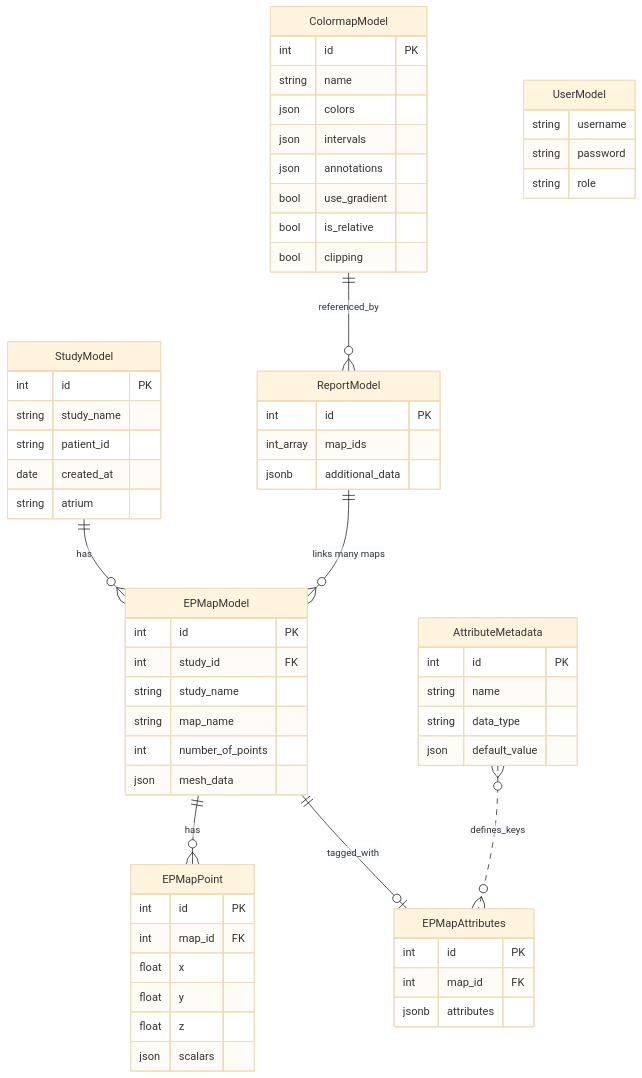
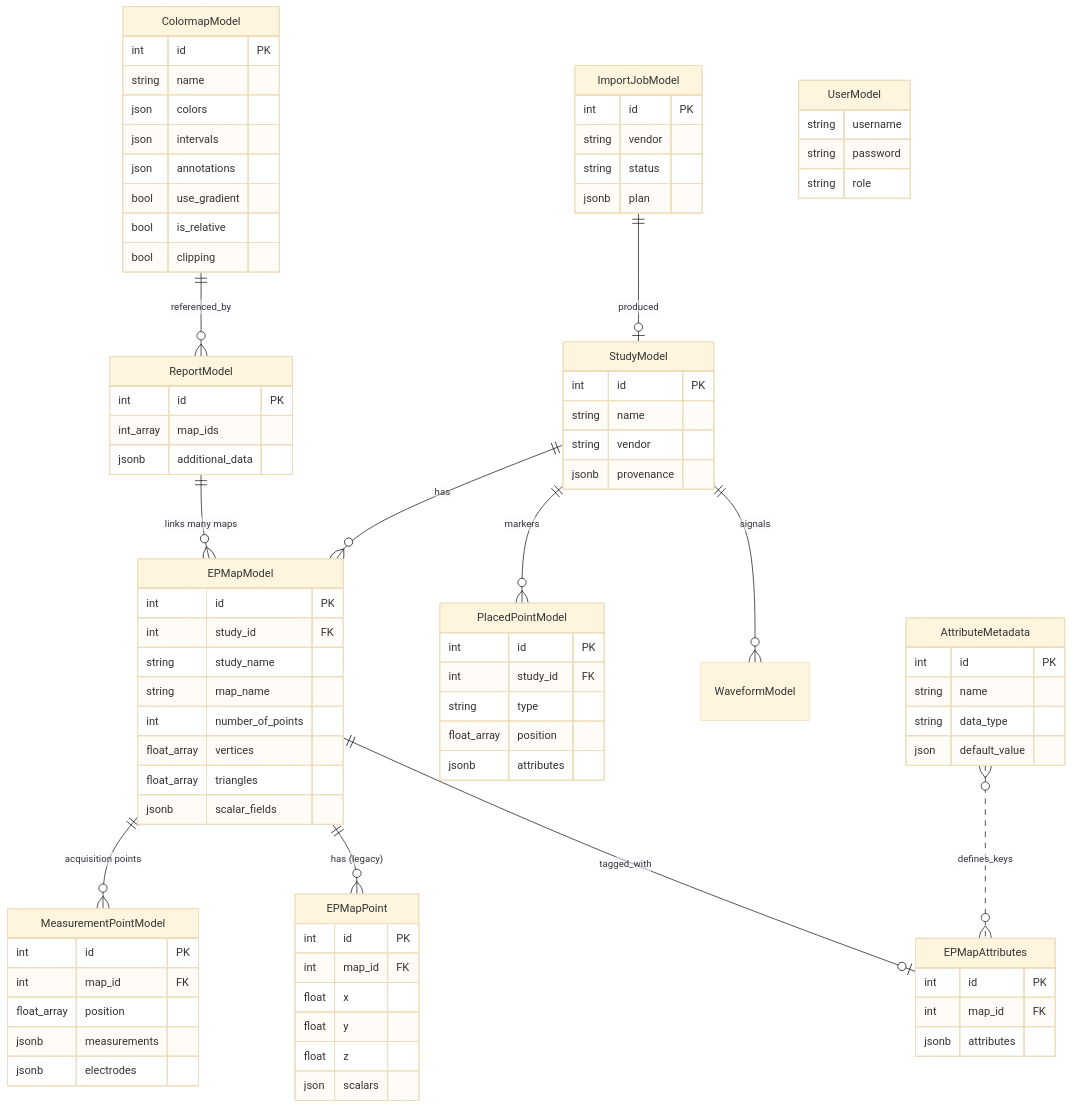
The diagram in docs/reference/data-model.md (swillert/pulse-ep), drawn with Mermaid (base theme) before and after one commit. The commit also changed other lines of this file and 1 other file, not shown here.

First line of the commit message:
Docs: correct the data model, and drop stale comments

````diff
--- a/docs/reference/data-model.md
+++ b/docs/reference/data-model.md
@@ -10,7 +10,11 @@
 ```mermaid
 erDiagram
     StudyModel ||--o{ EPMapModel : has
-    EPMapModel ||--o{ EPMapPoint : has
+    StudyModel ||--o{ PlacedPointModel : "markers"
+    StudyModel ||--o{ WaveformModel : "signals"
+    ImportJobModel ||--o| StudyModel : "produced"
+    EPMapModel ||--o{ MeasurementPointModel : "acquisition points"
+    EPMapModel ||--o{ EPMapPoint : "has (legacy)"
     EPMapModel ||--o| EPMapAttributes : tagged_with
     ColormapModel ||--o{ ReportModel : referenced_by
     ReportModel ||--o{ EPMapModel : "links many maps"
@@ -19,10 +23,29 @@
 
     StudyModel {
         int id PK
-        string study_name
-        string patient_id
-        date created_at
-        string atrium
+        string name
+        string vendor
+        jsonb provenance
+    }
+    MeasurementPointModel {
+        int id PK
+        int map_id FK
+        float_array position
+        jsonb measurements
+        jsonb electrodes
+    }
+    PlacedPointModel {
+        int id PK
+        int study_id FK
+        string type
+        float_array position
+        jsonb attributes
+    }
+    ImportJobModel {
+        int id PK
+        string vendor
+        string status
+        jsonb plan
     }
     EPMapModel {
         int id PK
@@ -30,7 +53,9 @@
         string study_name
         string map_name
         int number_of_points
-        json mesh_data
+        float_array vertices
+        float_array triangles
+        jsonb scalar_fields
     }
     EPMapPoint {
         int id PK
````
